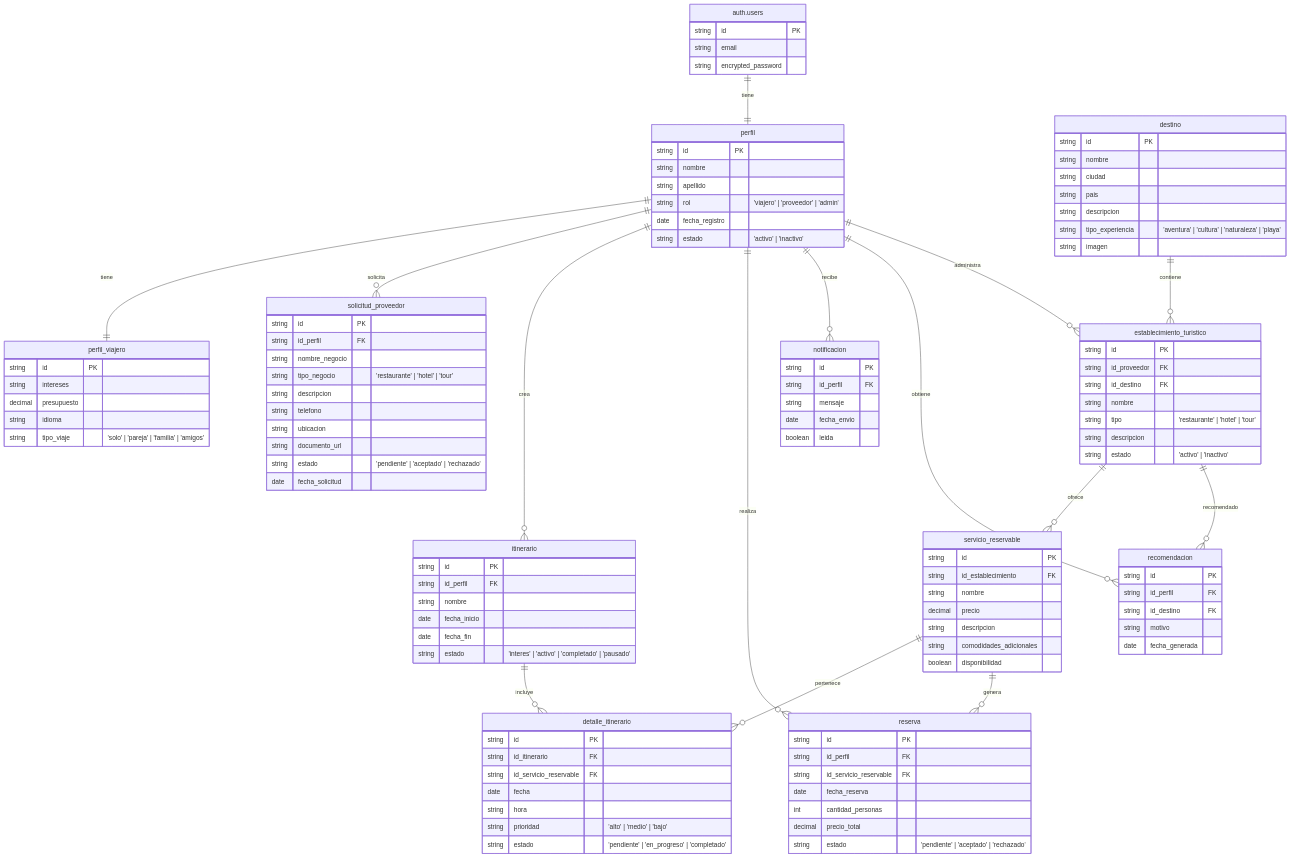
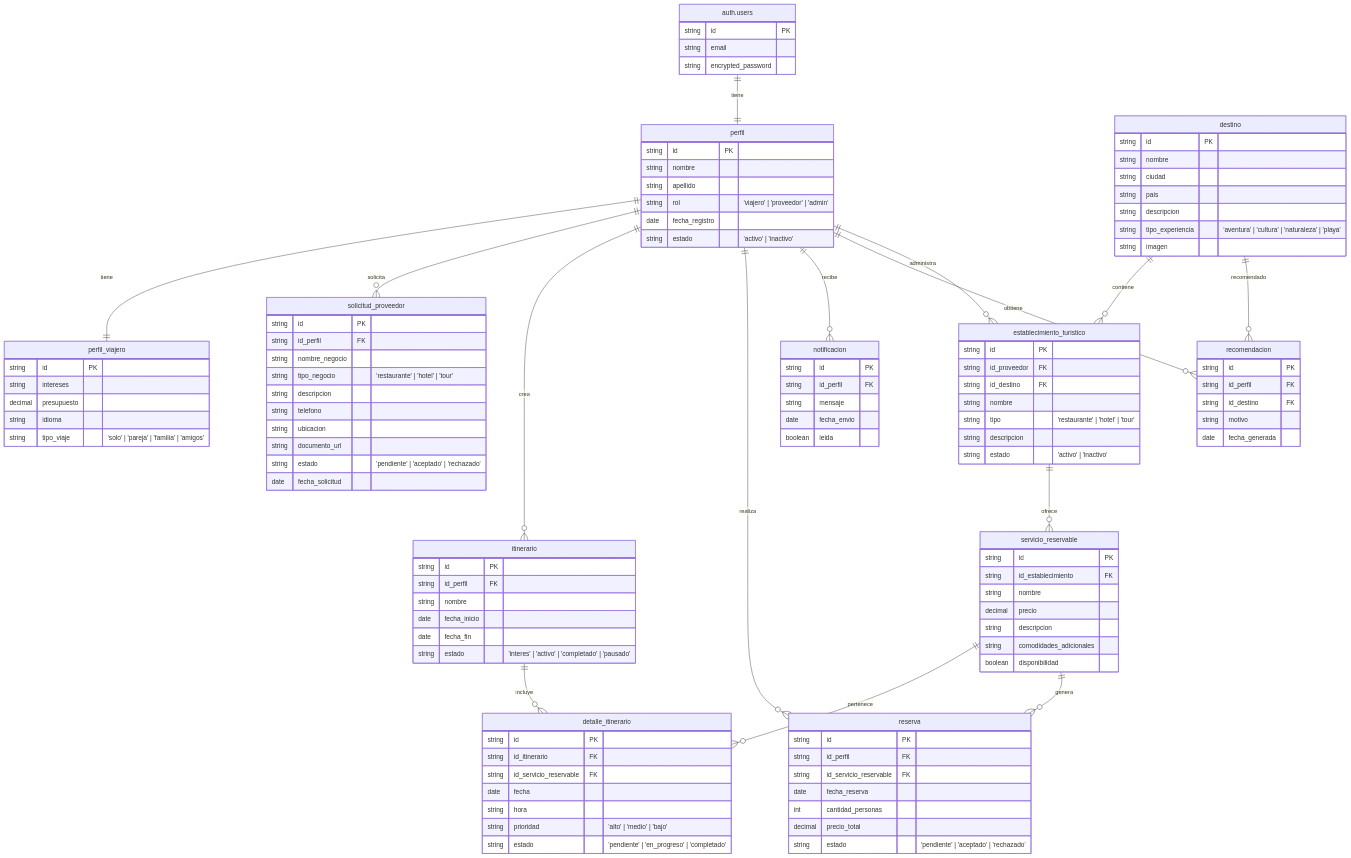
One commit to FortyTwo43/SmartTravelMCP changed the diagram in diagrama.md. Above: the diagram before and after it, drawn with Mermaid. The commit also changed 13 other files, not shown here.

````diff
--- a/diagrama.md
+++ b/diagrama.md
@@ -203,5 +203,5 @@
 
 servicio_reservable ||--o{ reserva : genera
 
-establecimiento_turistico ||--o{ recomendacion : recomendado
+destino ||--o{ recomendacion : recomendado
 ```
````
